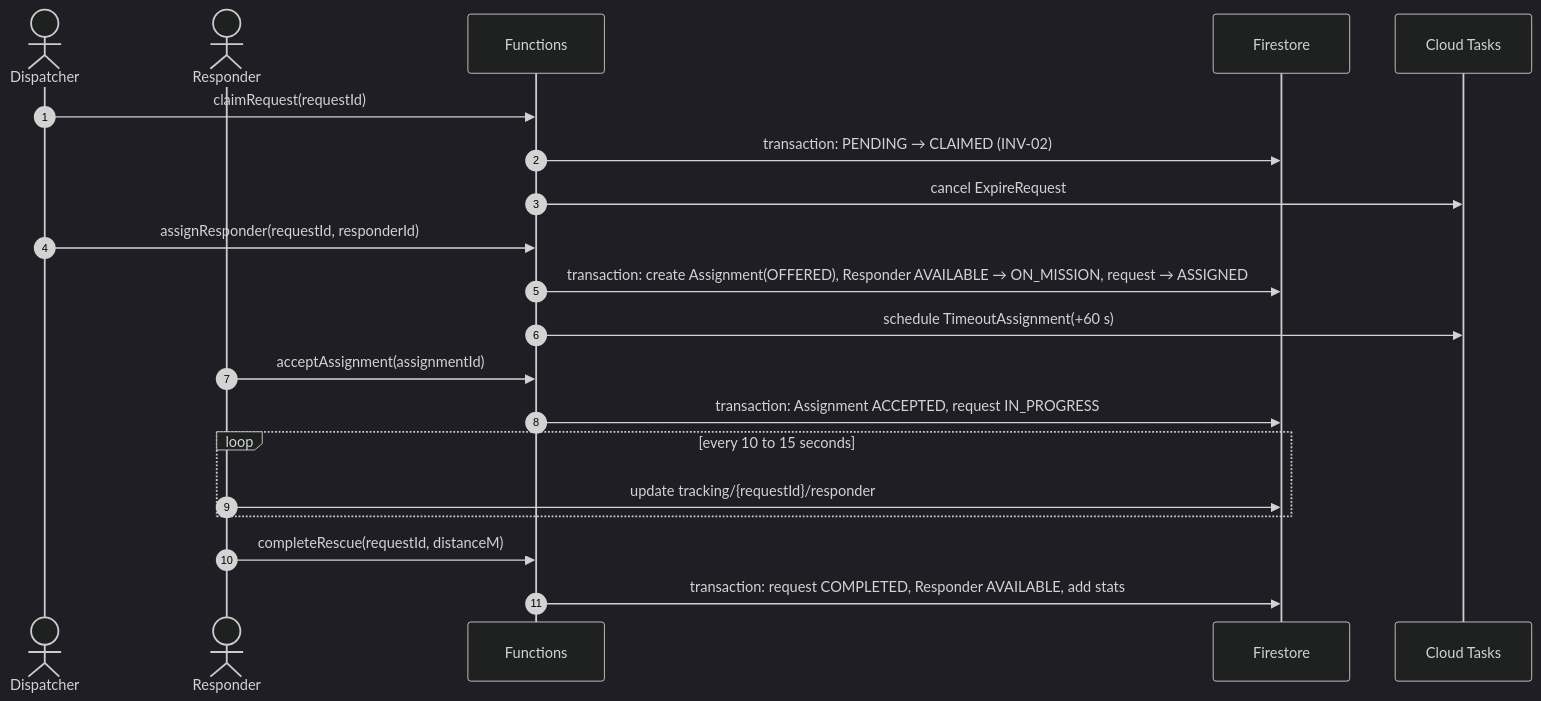
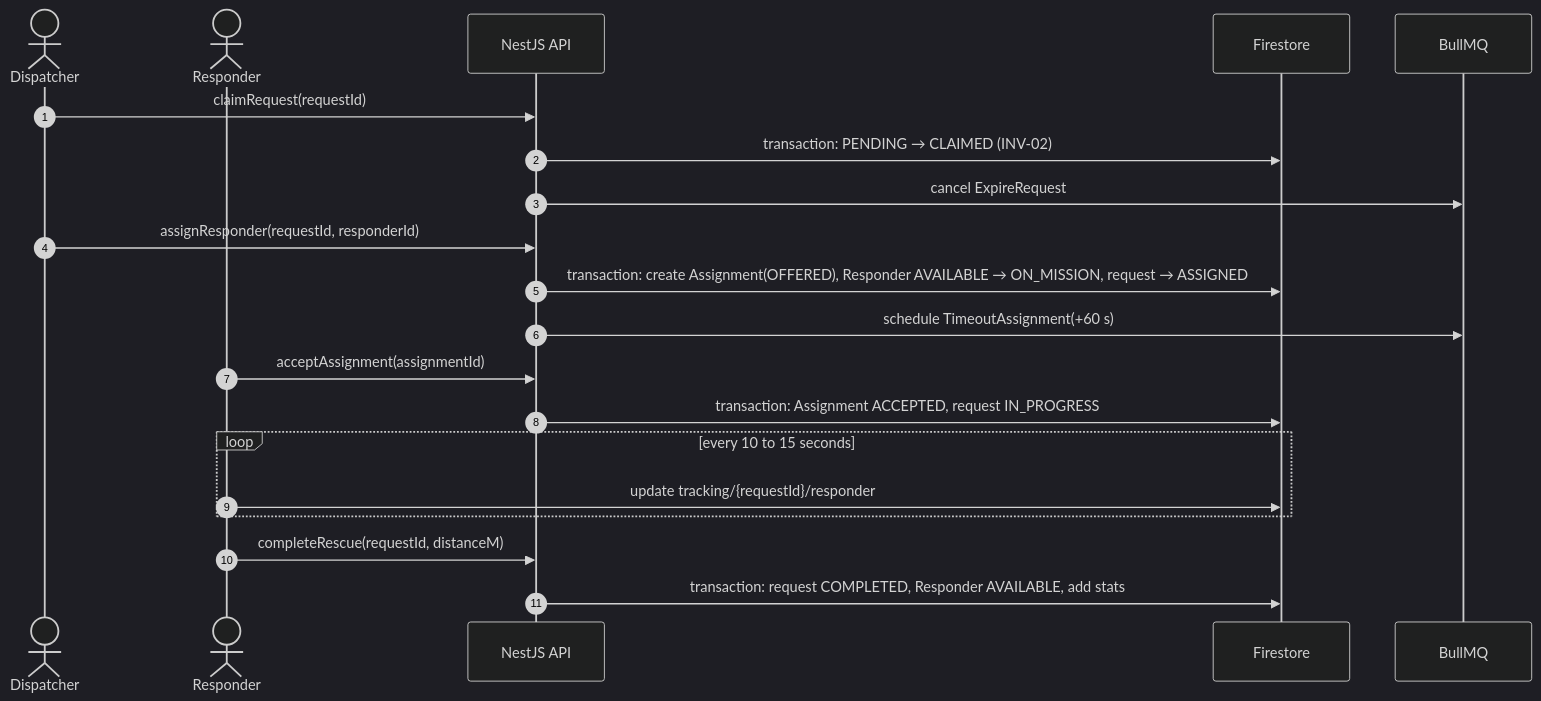
One commit to dunguyen-311201/graduation-project changed the fourth of 5 diagrams in docs/03-design/hld.md. Above: the diagram before and after it, drawn with Mermaid (dark theme). The commit also changed other lines of this file and 14 other files, not shown here.

First line of the commit message:
docs: ADR-0013 keep Firestore; align HLD/LLD/roadmap with NestJS API

````diff
--- a/docs/03-design/hld.md
+++ b/docs/03-design/hld.md
@@ -117,23 +122,23 @@
 ```mermaid
 sequenceDiagram
   autonumber
   actor D as Dispatcher
   actor S as Responder
-  participant Fn as Functions
+  participant Fn as NestJS API
   participant DB as Firestore
-  participant T as Cloud Tasks
+  participant T as BullMQ
 
   D->>Fn: claimRequest(requestId)
   Fn->>DB: transaction: PENDING → CLAIMED (INV-02)
   Fn->>T: cancel ExpireRequest
   D->>Fn: assignResponder(requestId, responderId)
   Fn->>DB: transaction: create Assignment(OFFERED), Responder AVAILABLE → ON_MISSION, request → ASSIGNED
   Fn->>T: schedule TimeoutAssignment(+60 s)
   S->>Fn: acceptAssignment(assignmentId)
   Fn->>DB: transaction: Assignment ACCEPTED, request IN_PROGRESS
   loop every 10 to 15 seconds
     S->>DB: update tracking/{requestId}/responder
   end
   S->>Fn: completeRescue(requestId, distanceM)
   Fn->>DB: transaction: request COMPLETED, Responder AVAILABLE, add stats
 ```
````
